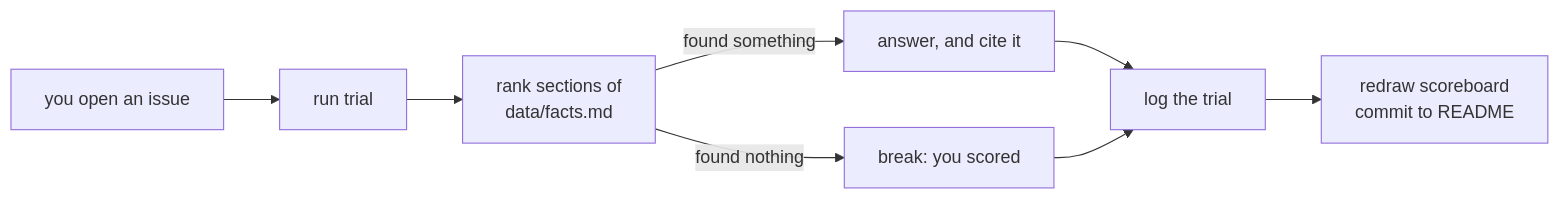
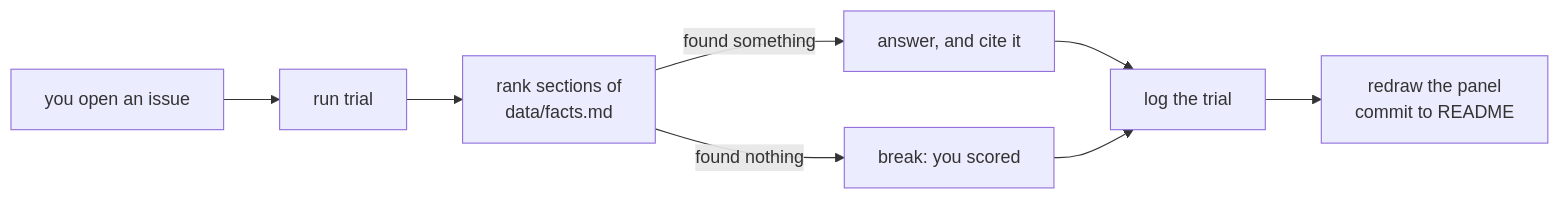
One commit to tarang-tj/tarang-tj changed the diagram in README.md. Above: the diagram before and after it, drawn with Mermaid. The commit also changed other lines of this file and 14 other files, not shown here.

````diff
--- a/README.md
+++ b/README.md
@@ -65,10 +70,10 @@
 ```mermaid
 flowchart LR
   A[you open an issue] --> B[run trial]
   B --> C[rank sections of<br/>data/facts.md]
   C -->|found something| D[answer, and cite it]
   C -->|found nothing| E[break: you scored]
   D --> F[log the trial]
   E --> F
-  F --> G[redraw scoreboard<br/>commit to README]
+  F --> G[redraw the panel<br/>commit to README]
 ```
````
